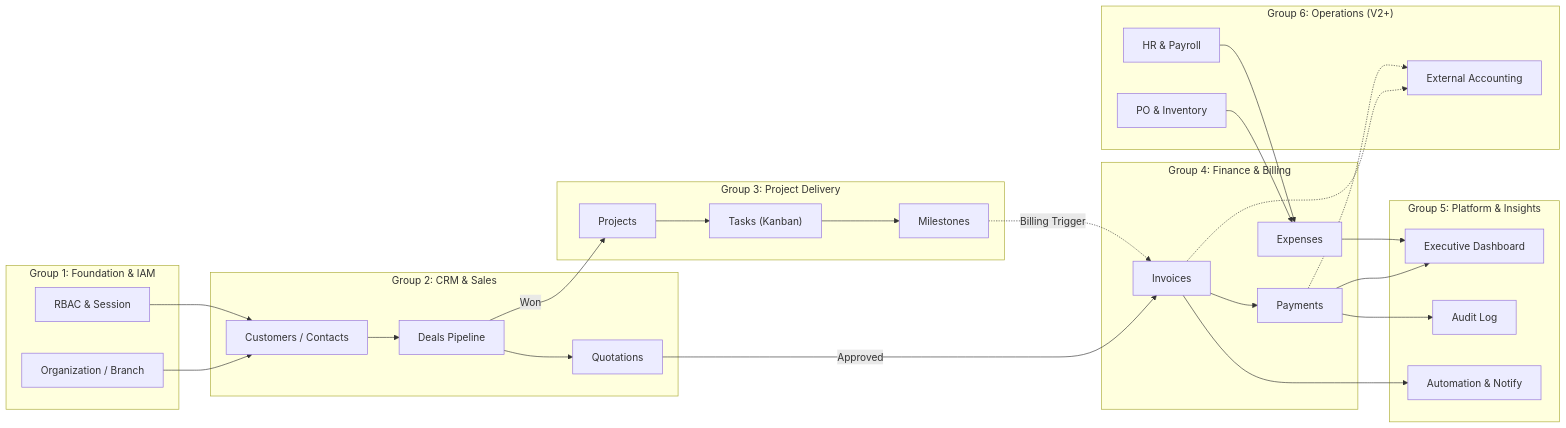
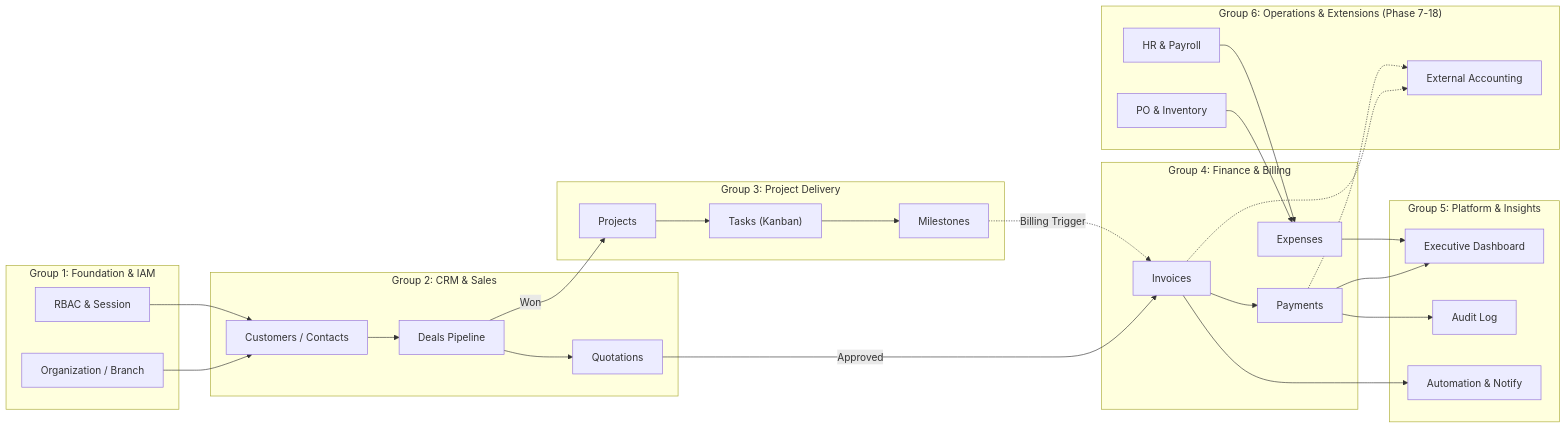
Before and after one commit to anuwatm/ERP: the first of 19 diagrams in document/GROUPS_WORKFLOW.md, drawn with Mermaid. The commit also changed other lines of this file and 76 other files, not shown here.

````diff
--- a/document/GROUPS_WORKFLOW.md
+++ b/document/GROUPS_WORKFLOW.md
@@ -22,55 +22,55 @@
 ```mermaid
 flowchart LR
     subgraph G1 ["Group 1: Foundation & IAM"]
         Org["Organization / Branch"]
         RBAC["RBAC & Session"]
     end
 
     subgraph G2 ["Group 2: CRM & Sales"]
         Customer["Customers / Contacts"]
         Deal["Deals Pipeline"]
         Quote["Quotations"]
     end
 
     subgraph G3 ["Group 3: Project Delivery"]
         Project["Projects"]
         Task["Tasks (Kanban)"]
         Milestone["Milestones"]
     end
 
     subgraph G4 ["Group 4: Finance & Billing"]
         Invoice["Invoices"]
         Payment["Payments"]
         Expense["Expenses"]
     end
 
     subgraph G5 ["Group 5: Platform & Insights"]
         Dash["Executive Dashboard"]
         Audit["Audit Log"]
         Auto["Automation & Notify"]
     end
 
-    subgraph G6 ["Group 6: Operations (V2+)"]
+    subgraph G6 ["Group 6: Operations & Extensions (Phase 7-18)"]
         Stock["PO & Inventory"]
         HR["HR & Payroll"]
         Ext["External Accounting"]
     end
 
     %% Flow connections
     Org --> Customer
     RBAC --> Customer
     Customer --> Deal --> Quote
     Deal -->|Won| Project
     Quote -->|Approved| Invoice
     Project --> Task --> Milestone
     Milestone -.->|Billing Trigger| Invoice
     Invoice --> Payment
     Payment --> Dash
     Expense --> Dash
     Invoice -.-> Ext
     Payment -.-> Ext
     Stock --> Expense
     HR --> Expense
     Payment --> Audit
     Invoice --> Auto
 ```
````
